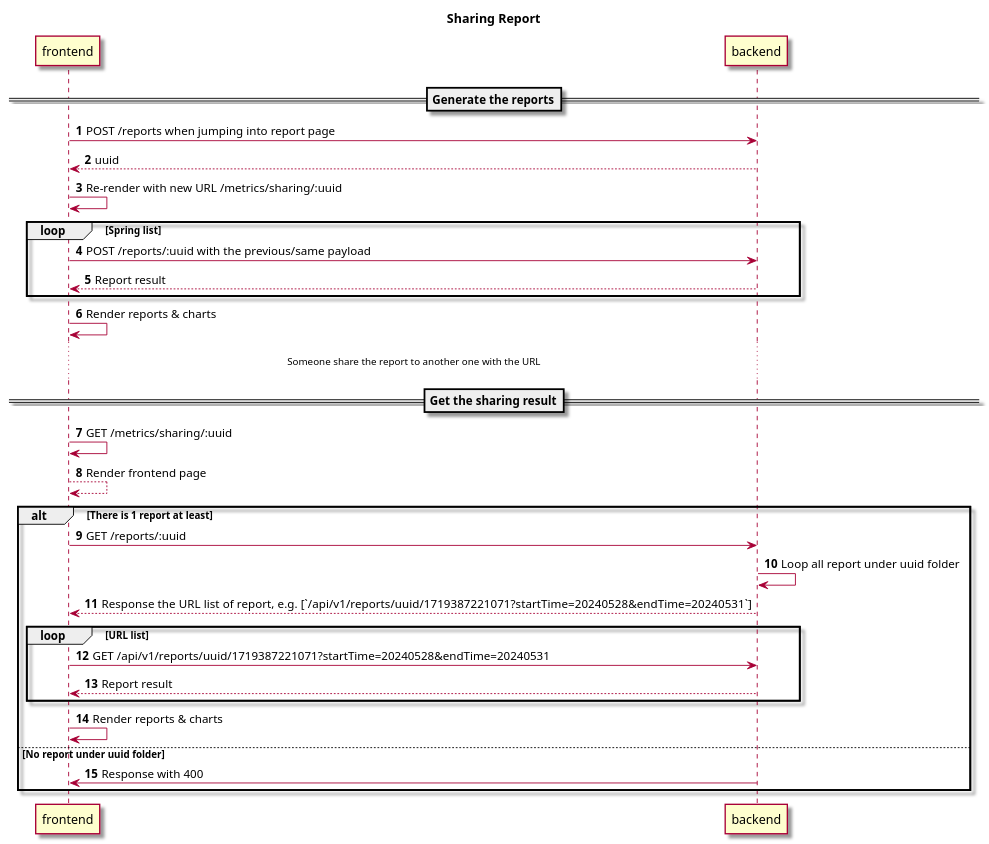
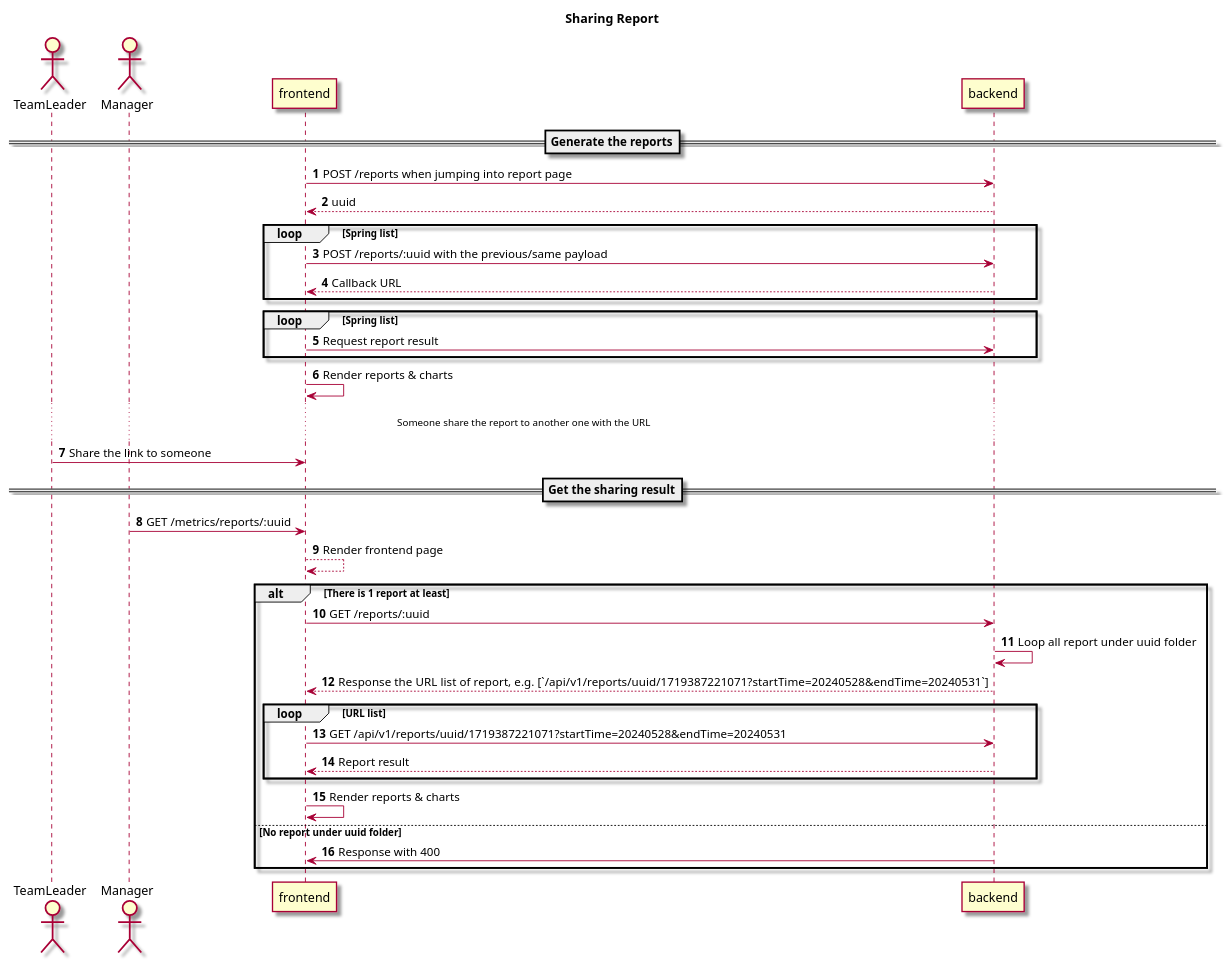
One commit to au-heartbeat/Heartbeat changed the diagram in docs/src/content/docs/en/spikes/tech-spikes-sharing-report.mdx. Above: the diagram before and after it, drawn with PlantUML. The commit also changed other lines of this file, not shown here.

Commit message:
docs(spike): [docs] update tech spike for the sharing report

````diff
--- a/docs/src/content/docs/en/spikes/tech-spikes-sharing-report.mdx
+++ b/docs/src/content/docs/en/spikes/tech-spikes-sharing-report.mdx
@@ -36,35 +30,44 @@
 ```plantuml
 @startuml
 skin rose
 autonumber
 title Sharing Report
 
+actor       TeamLeader       as TeamLeader
+actor       Manager       as Manager
+participant frontend as frontend
+participant backend as backend
+
 ==Generate the reports==
 frontend -> backend: POST /reports when jumping into report page
 backend --> frontend: uuid
-frontend -> frontend: Re-render with new URL /metrics/sharing/:uuid
 loop Spring list
   frontend -> backend: POST /reports/:uuid with the previous/same payload
-  backend --> frontend: Report result
+  backend --> frontend: Callback URL
 end
+
+loop Spring list
+  frontend -> backend: Request report result
+end
+
 frontend -> frontend: Render reports & charts
 ...Someone share the report to another one with the URL...
-
+TeamLeader -> frontend: Share the link to someone
 ==Get the sharing result==
-frontend -> frontend: GET /metrics/sharing/:uuid
+Manager -> frontend: GET /metrics/reports/:uuid
 frontend --> frontend: Render frontend page
 alt There is 1 report at least
   frontend -> backend: GET /reports/:uuid
   backend-> backend: Loop all report under uuid folder
   backend --> frontend: Response the URL list of report, e.g.   [`/api/v1/reports/uuid/1719387221071?startTime=20240528&endTime=20240531`]
   loop URL list
     frontend-> backend: GET /api/v1/reports/uuid/1719387221071?startTime=20240528&endTime=20240531
     backend --> frontend: Report result
   end
   frontend -> frontend: Render reports & charts
 else No report under uuid folder
   backend-> frontend: Response with 400
 end
 
 @enduml
 ```
````
